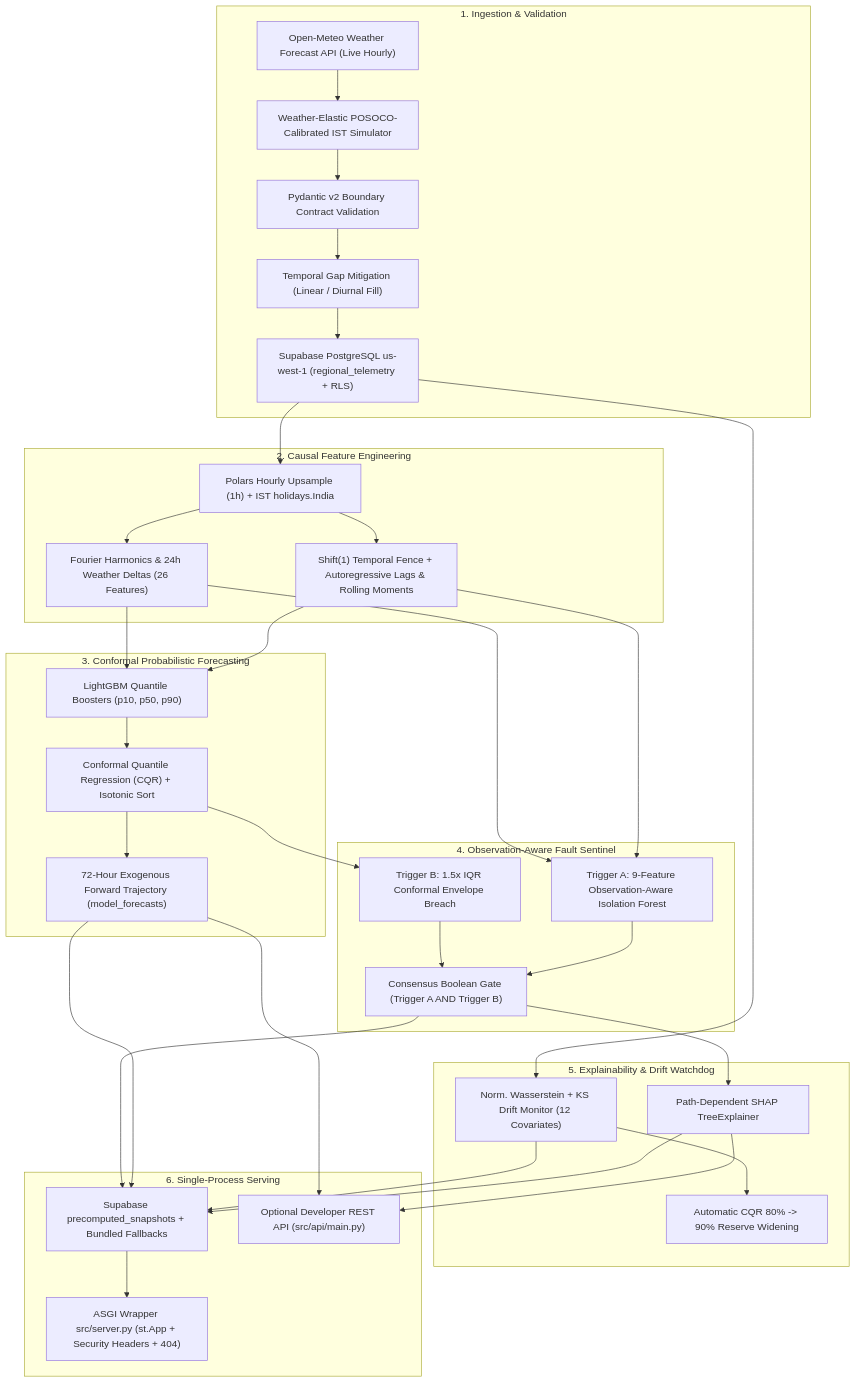
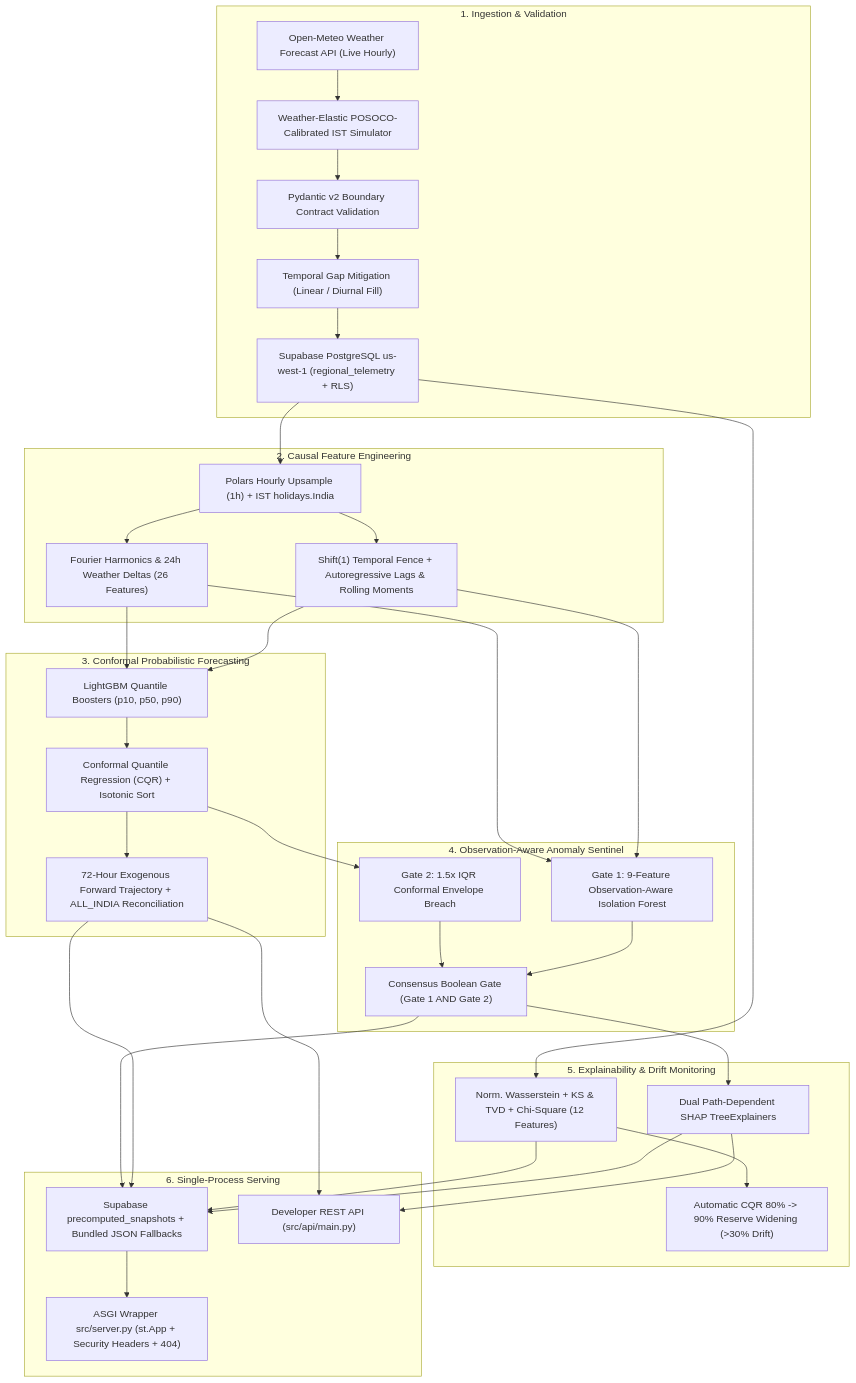
One commit to mahesh-kakde/grid-telemetry-engine changed the diagram in README.md. Above: the diagram before and after it, drawn with Mermaid. The commit also changed other lines of this file, not shown here.

````diff
--- a/README.md
+++ b/README.md
@@ -13,39 +13,39 @@
 ```mermaid
 flowchart TD
     subgraph S1["1. Ingestion & Validation"]
         A1["Open-Meteo Weather Forecast API (Live Hourly)"] --> B1["Weather-Elastic POSOCO-Calibrated IST Simulator"]
         B1 --> C1["Pydantic v2 Boundary Contract Validation"]
         C1 --> D1["Temporal Gap Mitigation (Linear / Diurnal Fill)"]
         D1 --> E1["Supabase PostgreSQL us-west-1 (regional_telemetry + RLS)"]
     end
 
     subgraph S2["2. Causal Feature Engineering"]
         E1 --> F1["Polars Hourly Upsample (1h) + IST holidays.India"]
         F1 --> G1["Shift(1) Temporal Fence + Autoregressive Lags & Rolling Moments"]
         F1 --> G2["Fourier Harmonics & 24h Weather Deltas (26 Features)"]
     end
 
     subgraph S3["3. Conformal Probabilistic Forecasting"]
         G1 & G2 --> H1["LightGBM Quantile Boosters (p10, p50, p90)"]
         H1 --> H2["Conformal Quantile Regression (CQR) + Isotonic Sort"]
-        H2 --> H3["72-Hour Exogenous Forward Trajectory (model_forecasts)"]
+        H2 --> H3["72-Hour Exogenous Forward Trajectory + ALL_INDIA Reconciliation"]
     end
 
-    subgraph S4["4. Observation-Aware Fault Sentinel"]
-        G1 & G2 --> I1["Trigger A: 9-Feature Observation-Aware Isolation Forest"]
-        H2 --> I2["Trigger B: 1.5x IQR Conformal Envelope Breach"]
-        I1 & I2 --> I3["Consensus Boolean Gate (Trigger A AND Trigger B)"]
+    subgraph S4["4. Observation-Aware Anomaly Sentinel"]
+        G1 & G2 --> I1["Gate 1: 9-Feature Observation-Aware Isolation Forest"]
+        H2 --> I2["Gate 2: 1.5x IQR Conformal Envelope Breach"]
+        I1 & I2 --> I3["Consensus Boolean Gate (Gate 1 AND Gate 2)"]
     end
 
-    subgraph S5["5. Explainability & Drift Watchdog"]
-        I3 --> J1["Path-Dependent SHAP TreeExplainer"]
-        E1 --> J2["Norm. Wasserstein + KS Drift Monitor (12 Covariates)"]
-        J2 --> J3["Automatic CQR 80% -> 90% Reserve Widening"]
+    subgraph S5["5. Explainability & Drift Monitoring"]
+        I3 --> J1["Dual Path-Dependent SHAP TreeExplainers"]
+        E1 --> J2["Norm. Wasserstein + KS & TVD + Chi-Square (12 Features)"]
+        J2 --> J3["Automatic CQR 80% -> 90% Reserve Widening (>30% Drift)"]
     end
 
     subgraph S6["6. Single-Process Serving"]
-        H3 & I3 & J1 & J2 --> K1["Supabase precomputed_snapshots + Bundled Fallbacks"]
+        H3 & I3 & J1 & J2 --> K1["Supabase precomputed_snapshots + Bundled JSON Fallbacks"]
         K1 --> L1["ASGI Wrapper src/server.py (st.App + Security Headers + 404)"]
-        H3 & J1 --> L2["Optional Developer REST API (src/api/main.py)"]
+        H3 & J1 --> L2["Developer REST API (src/api/main.py)"]
     end
 ```
````
